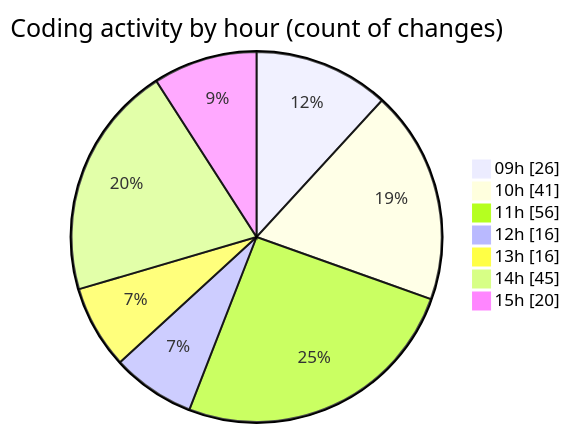
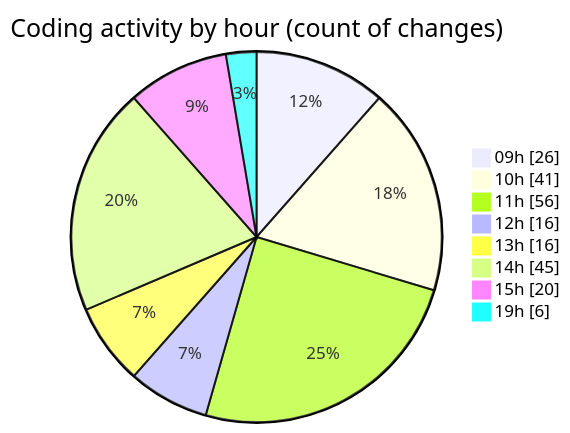
The second of 2 diagrams in 2026-05-12/cda/README.md (momahboobian/code-tracking), drawn with Mermaid before and after one commit. The commit also changed other lines of this file and 1 other file, not shown here.

````diff
--- a/2026-05-12/cda/README.md
+++ b/2026-05-12/cda/README.md
@@ -65,11 +66,12 @@
 ```mermaid
 pie showData
 title Coding activity by hour (count of changes)
 "09h" : 26
 "10h" : 41
 "11h" : 56
 "12h" : 16
 "13h" : 16
 "14h" : 45
 "15h" : 20
+"19h" : 6
 ```
````
